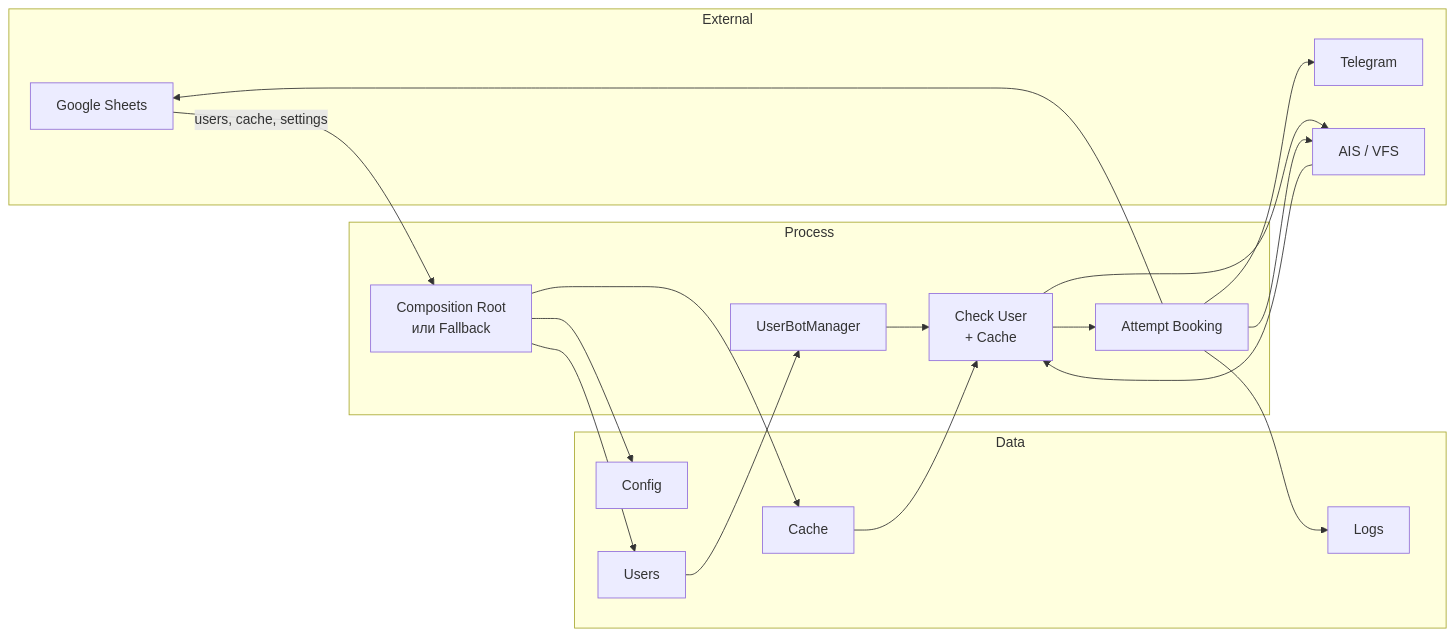
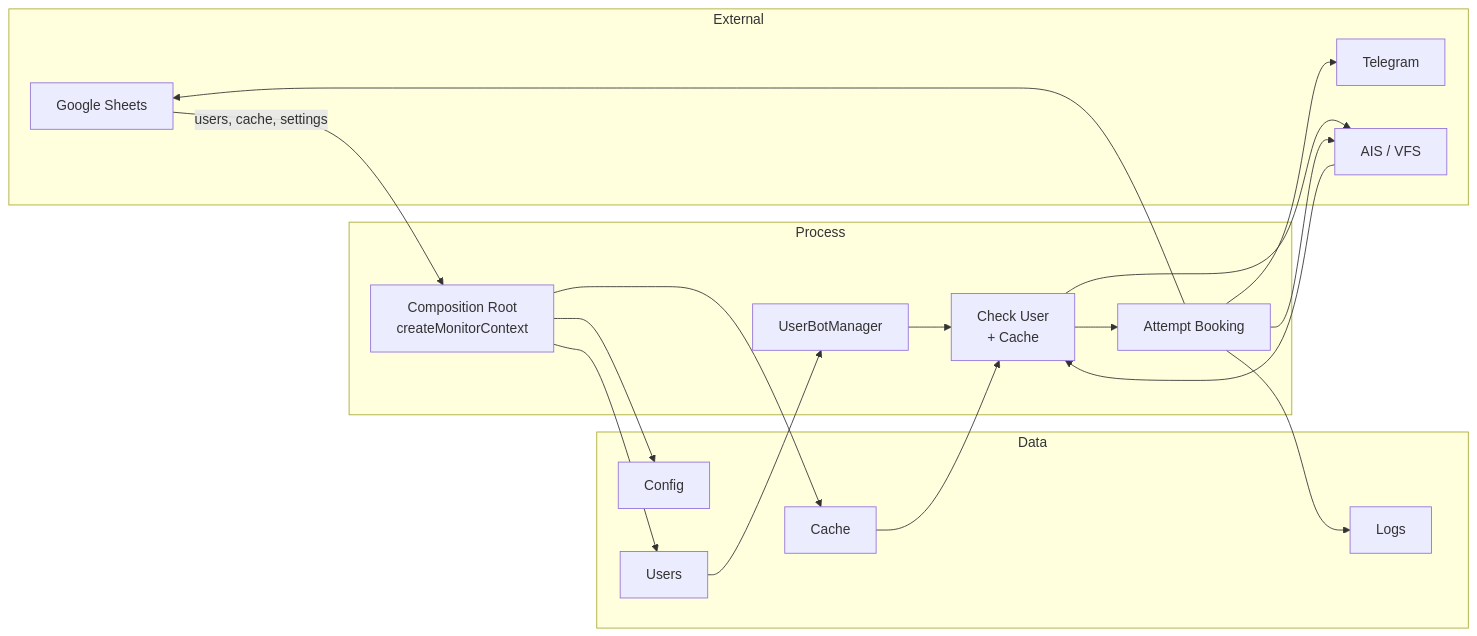
One commit to galtsev18/visa_bot changed the fourth of 8 diagrams in docs/DIAGRAMS.md. Above: the diagram before and after it, drawn with Mermaid. The commit also changed other lines of this file and 9 other files, not shown here.

````diff
--- a/docs/DIAGRAMS.md
+++ b/docs/DIAGRAMS.md
@@ -125,37 +127,37 @@
 ```mermaid
 flowchart LR
     subgraph External
         E1[Google Sheets]
         E2[Telegram]
         E3[AIS / VFS]
     end
 
     subgraph Process
-        P1[Composition Root<br>или Fallback]
+        P1[Composition Root<br>createMonitorContext]
         P2[UserBotManager]
         P3[Check User<br>+ Cache]
         P4[Attempt Booking]
     end
 
     subgraph Data
         D1[Config]
         D2[Users]
         D3[Cache]
         D4[Logs]
     end
 
     E1 -->|users, cache, settings| P1
     P1 --> D1
     P1 --> D2
     P1 --> D3
     P2 --> P3
     P3 --> E3
     E3 --> P3
     P3 --> P4
     P4 --> E3
     P4 --> D4
     P4 --> E1
     P4 --> E2
     D2 --> P2
     D3 --> P3
 ```
````
